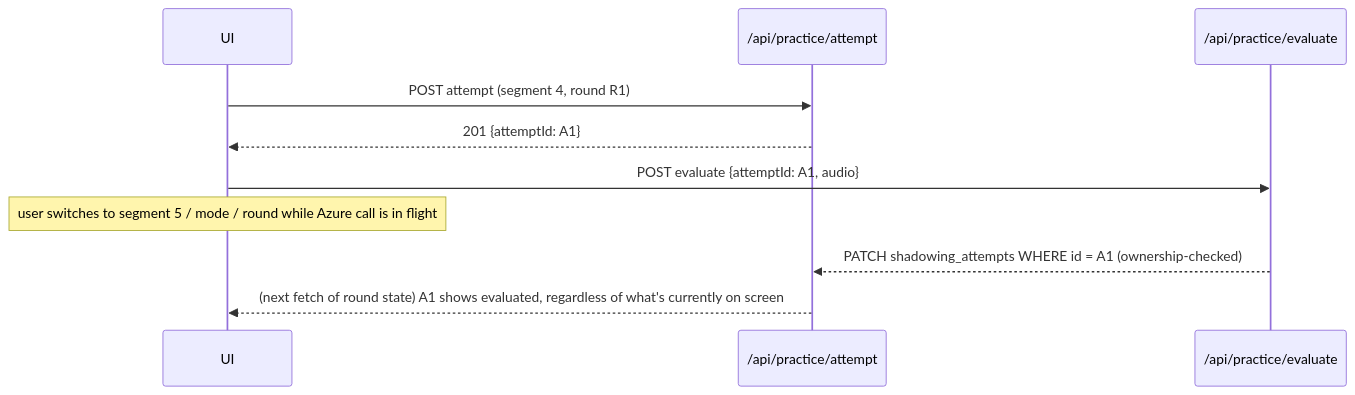
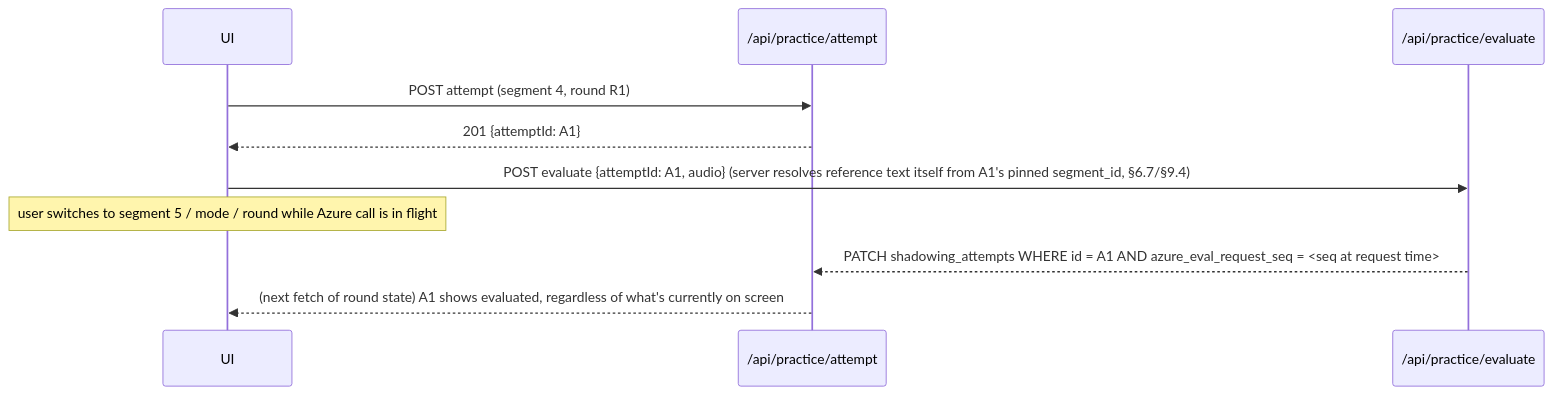
One commit to QUYTS0/dictation_web changed the fifth of 5 diagrams in .claude/video-learning-management-plan.md. Above: the diagram before and after it, drawn with Mermaid. The commit also changed other lines of this file and 15 other files, not shown here.

````diff
--- a/.claude/video-learning-management-plan.md
+++ b/.claude/video-learning-management-plan.md
@@ -706,12 +1508,12 @@
 ```mermaid
 sequenceDiagram
     participant UI
     participant API as /api/practice/attempt
     participant Azure as /api/practice/evaluate
-    UI->>API: POST attempt (segment 4, round R1) 
+    UI->>API: POST attempt (segment 4, round R1)
     API-->>UI: 201 {attemptId: A1}
-    UI->>Azure: POST evaluate {attemptId: A1, audio}
+    UI->>Azure: POST evaluate {attemptId: A1, audio}  (server resolves reference text itself from A1's pinned segment_id, §6.7/§9.4)
     Note over UI: user switches to segment 5 / mode / round while Azure call is in flight
-    Azure-->>API: PATCH shadowing_attempts WHERE id = A1 (ownership-checked)
+    Azure-->>API: PATCH shadowing_attempts WHERE id = A1 AND azure_eval_request_seq = <seq at request time>
     API-->>UI: (next fetch of round state) A1 shows evaluated, regardless of what's currently on screen
 ```
````
